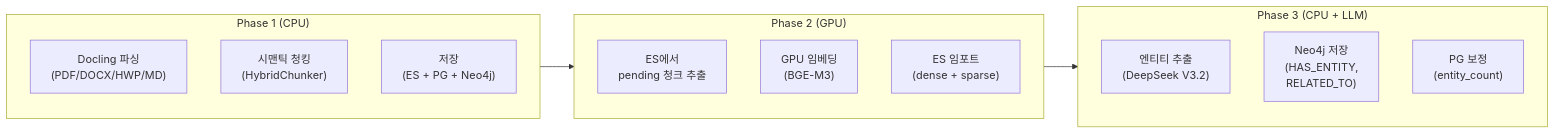
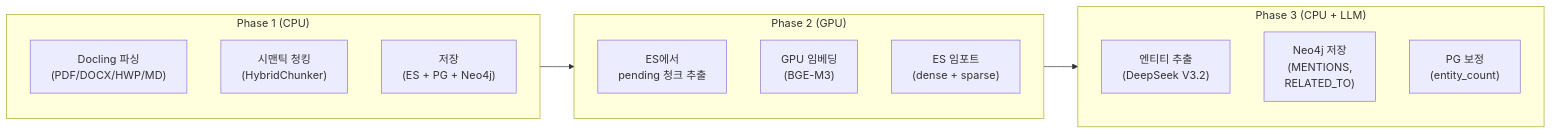
One commit to k82022603/hybrid-rag-knowledge-ops changed the fifth of 9 diagrams in knowledge_service/docs/08_deliverables/02_system_architecture.md. Above: the diagram before and after it, drawn with Mermaid. The commit also changed other lines of this file and 5 other files, not shown here.

````diff
--- a/knowledge_service/docs/08_deliverables/02_system_architecture.md
+++ b/knowledge_service/docs/08_deliverables/02_system_architecture.md
@@ -255,22 +255,22 @@
 ```mermaid
 flowchart LR
     subgraph Phase1["Phase 1 (CPU)"]
         Parse["Docling 파싱<br/>(PDF/DOCX/HWP/MD)"]
         Chunk["시맨틱 청킹<br/>(HybridChunker)"]
         Store1["저장<br/>(ES + PG + Neo4j)"]
     end
 
     subgraph Phase2["Phase 2 (GPU)"]
         Export["ES에서<br/>pending 청크 추출"]
         Embed["GPU 임베딩<br/>(BGE-M3)"]
         Import["ES 임포트<br/>(dense + sparse)"]
     end
 
     subgraph Phase3["Phase 3 (CPU + LLM)"]
         Entity["엔티티 추출<br/>(DeepSeek V3.2)"]
-        KG["Neo4j 저장<br/>(HAS_ENTITY,<br/>RELATED_TO)"]
+        KG["Neo4j 저장<br/>(MENTIONS,<br/>RELATED_TO)"]
         PGSync["PG 보정<br/>(entity_count)"]
     end
 
     Phase1 --> Phase2 --> Phase3
 ```
````
